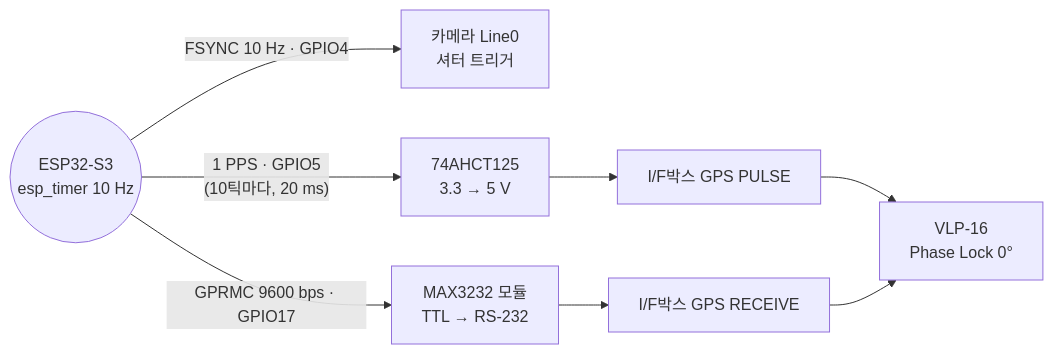
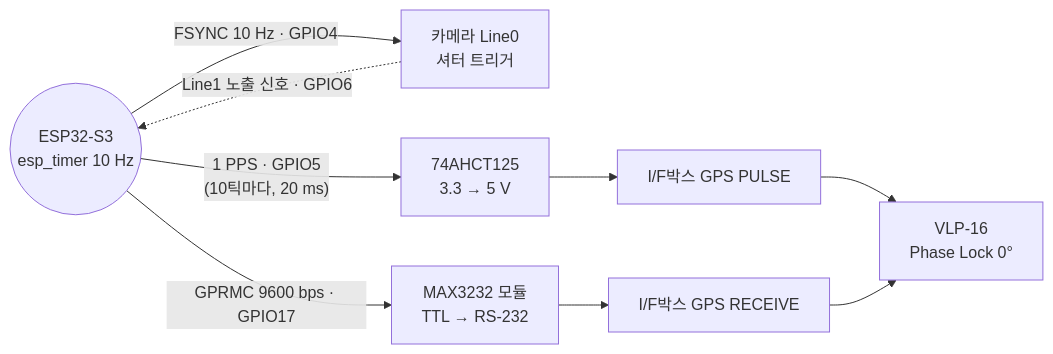
One commit to GeunheePARKKK/Lidar_Camera_Calibration changed the diagram in 시간동기화/README.md. Above: the diagram before and after it, drawn with Mermaid. The commit also changed other lines of this file and 15 other files, not shown here.

````diff
--- a/시간동기화/README.md
+++ b/시간동기화/README.md
@@ -38,11 +64,12 @@
 ```mermaid
 flowchart LR
     T(("ESP32-S3<br/>esp_timer 10 Hz"))
     T -- "FSYNC 10 Hz · GPIO4" --> CAM["카메라 Line0<br/>셔터 트리거"]
+    CAM -. "Line1 노출 신호 · GPIO6" .-> T
     T -- "1 PPS · GPIO5<br/>(10틱마다, 20 ms)" --> BUF["74AHCT125<br/>3.3 → 5 V"]
     T -- "GPRMC 9600 bps · GPIO17" --> MAX["MAX3232 모듈<br/>TTL → RS-232"]
     BUF --> P["I/F박스 GPS PULSE"]
     MAX --> R["I/F박스 GPS RECEIVE"]
     P --> L["VLP-16<br/>Phase Lock 0°"]
     R --> L
 ```
````
